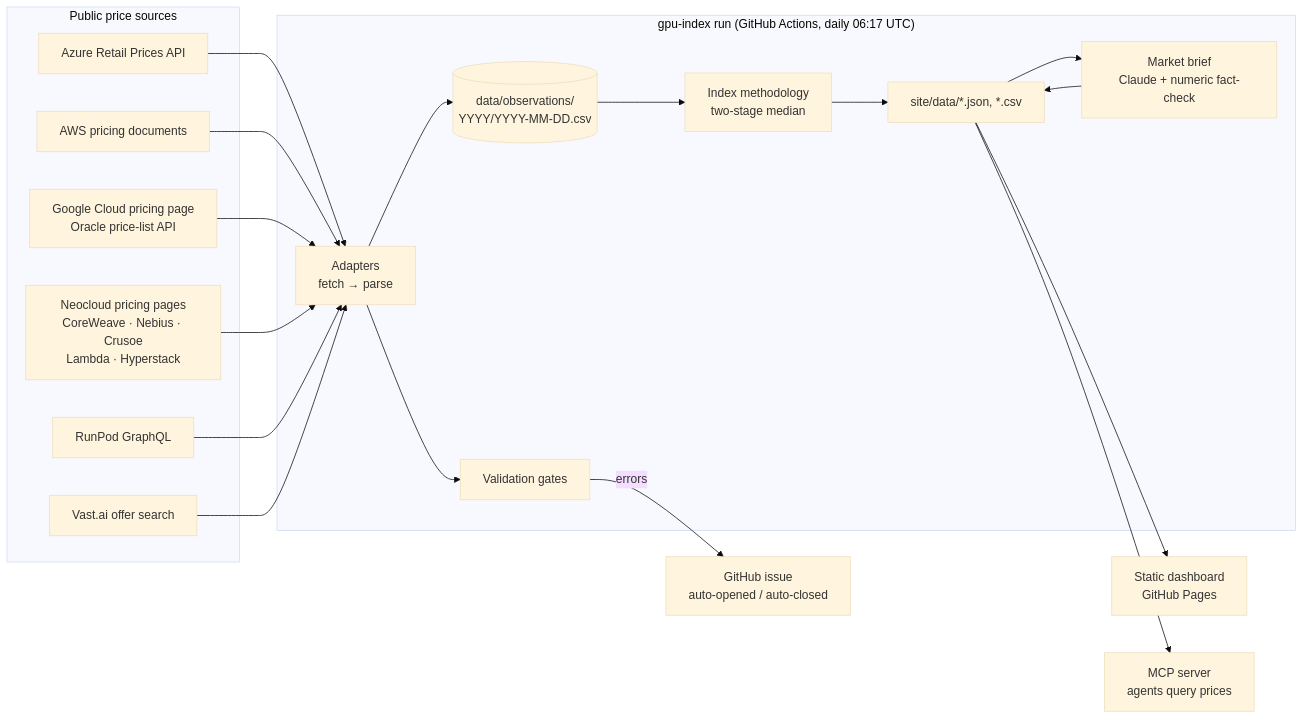
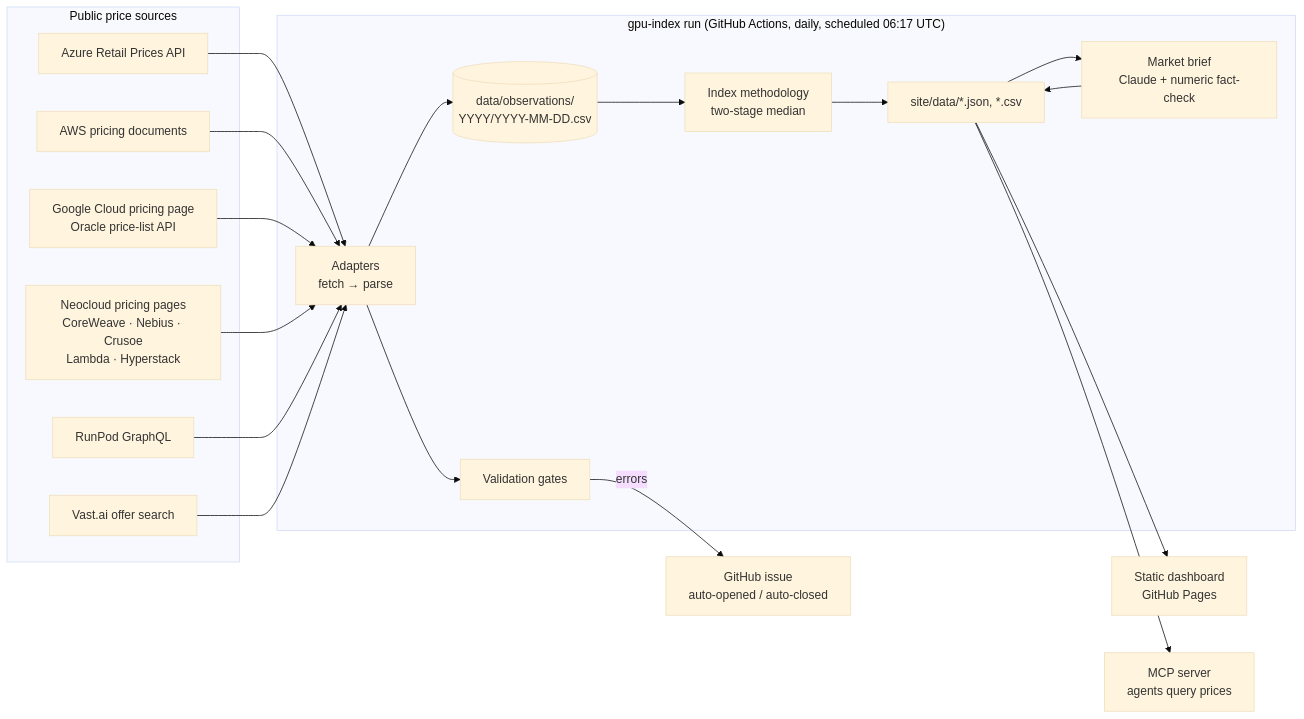
Before and after one commit to ewyluda/gpu-price-index: the diagram in docs/architecture.md, drawn with Mermaid (base theme). The commit also changed other lines of this file and 21 other files, not shown here.

````diff
--- a/docs/architecture.md
+++ b/docs/architecture.md
@@ -3,29 +3,29 @@
 ```mermaid
 flowchart LR
     subgraph Sources["Public price sources"]
         AZ[Azure Retail Prices API]
         AWS[AWS pricing documents]
         HYP["Google Cloud pricing page<br/>Oracle price-list API"]
         NEO["Neocloud pricing pages<br/>CoreWeave · Nebius · Crusoe<br/>Lambda · Hyperstack"]
         RP[RunPod GraphQL]
         VA[Vast.ai offer search]
     end
 
-    subgraph Pipeline["gpu-index run (GitHub Actions, daily 06:17 UTC)"]
+    subgraph Pipeline["gpu-index run (GitHub Actions, daily, scheduled 06:17 UTC)"]
         AD["Adapters<br/>fetch → parse"]
         VAL["Validation gates"]
         ST[("data/observations/<br/>YYYY/YYYY-MM-DD.csv")]
         IDX["Index methodology<br/>two-stage median"]
         PUB["site/data/*.json, *.csv"]
         BR["Market brief<br/>Claude + numeric fact-check"]
     end
 
     AZ & AWS & HYP & NEO & RP & VA --> AD --> ST
     AD --> VAL
     ST --> IDX --> PUB
     PUB --> BR --> PUB
 
     PUB --> SITE["Static dashboard<br/>GitHub Pages"]
     PUB --> MCP["MCP server<br/>agents query prices"]
     VAL -- "errors" --> ISSUE["GitHub issue<br/>auto-opened / auto-closed"]
 ```
````
